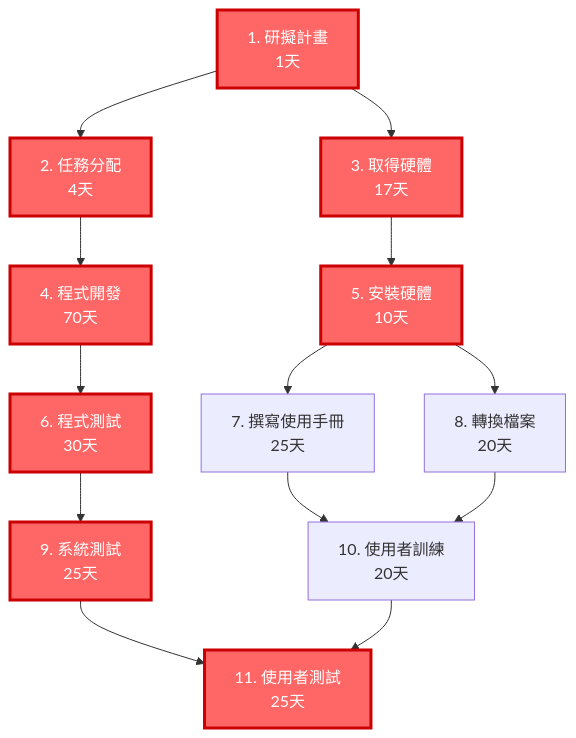
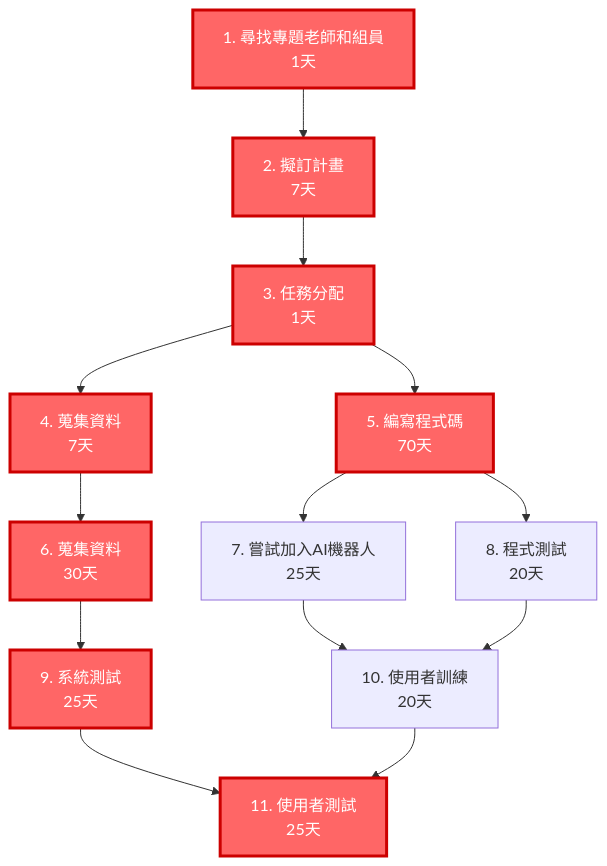
The first of 3 diagrams in hw2.md (c112118202-droid/-), drawn with Mermaid before and after one commit. The commit also changed other lines of this file, not shown here.

````diff
--- a/hw2.md
+++ b/hw2.md
@@ -8,19 +8,19 @@
 ```mermaid
 graph TD
-    A[1. 研擬計畫<br/>1天] --> B[2. 任務分配<br/>4天]
-    A --> C[3. 取得硬體<br/>17天]
-    B --> D[4. 程式開發<br/>70天]
-    C --> E[5. 安裝硬體<br/>10天]
-    D --> F[6. 程式測試<br/>30天]
-    E --> G[7. 撰寫使用手冊<br/>25天]
-    E --> H[8. 轉換檔案<br/>20天]
+    A[1. 尋找專題老師和組員<br/>1天] --> B[2. 擬訂計畫<br/>7天]
+    B --> C[3. 任務分配<br/>1天]
+    C --> D[4. 蒐集資料<br/>7天]
+    C --> E[5. 編寫程式碼<br/>70天]
+    D --> F[6. 蒐集資料<br/>30天]
+    E --> G[7. 嘗試加入AI機器人<br/>25天]
+    E --> H[8. 程式測試<br/>20天]
     F --> I[9. 系統測試<br/>25天]
     G --> J[10. 使用者訓練<br/>20天]
     H --> J
     I --> K[11. 使用者測試<br/>25天]
     J --> K
     
     class A,B,C,D,E,F,I,K critical
     classDef critical fill:#ff6666,stroke:#cc0000,stroke-width:3px,color:#ffffff;
     classDef normal fill:#f0f0f0,stroke:#333,stroke-width:2px,color:#000000;
 ```
````
